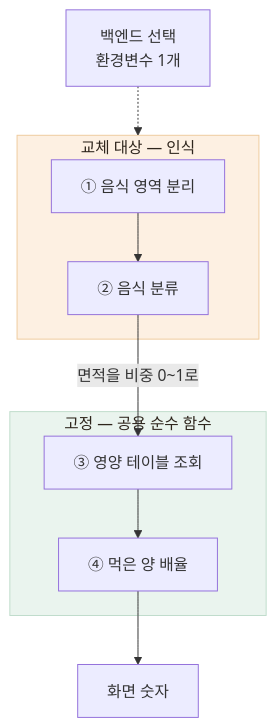
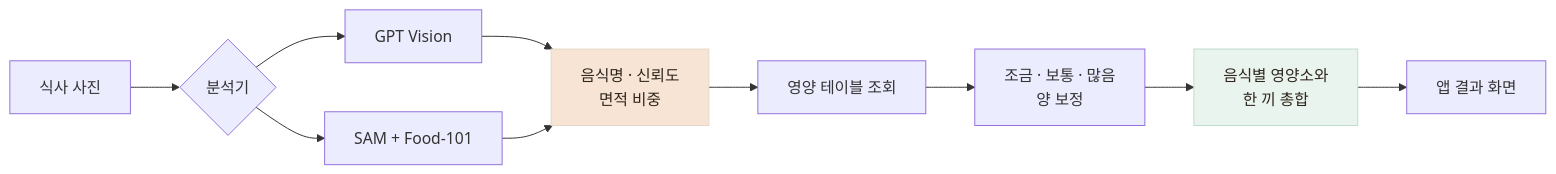
One commit to Jinacker/PortFolio changed the diagram in public/mds/kkinitalk/impl-1-model.md. Above: the diagram before and after it, drawn with Mermaid. The commit also changed other lines of this file and 12 other files, not shown here.

````diff
--- a/public/mds/kkinitalk/impl-1-model.md
+++ b/public/mds/kkinitalk/impl-1-model.md
@@ -42,19 +30,15 @@
 ```mermaid
-flowchart TB
-    ENV["백엔드 선택<br/>환경변수 1개"]
+flowchart LR
+    IMG["식사 사진"] --> PICK{"분석기"}
+    PICK --> GPT["GPT Vision"]
+    PICK --> LOCAL["SAM + Food-101"]
+    GPT --> COMMON["음식명 · 신뢰도<br/>면적 비중"]
+    LOCAL --> COMMON
+    COMMON --> NUTRI["영양 테이블 조회"]
+    NUTRI --> PORTION["조금 · 보통 · 많음<br/>양 보정"]
+    PORTION --> RESULT["음식별 영양소와<br/>한 끼 총합"]
+    RESULT --> APP["앱 결과 화면"]
 
-    subgraph SWAP["교체 대상 — 인식"]
-        S1["① 음식 영역 분리"] --> S2["② 음식 분류"]
-    end
-
-    subgraph FIX["고정 — 공용 순수 함수"]
-        S3["③ 영양 테이블 조회"] --> S4["④ 먹은 양 배율"]
-    end
-
-    ENV -.-> SWAP
-    S2 -->|"면적을 비중 0~1로"| S3
-    S4 --> OUT["화면 숫자"]
-
-    style SWAP fill:#FDF0E2,stroke:#EFCB9E,color:#2E251C
-    style FIX fill:#EAF4EE,stroke:#BFDCCB,color:#2E251C
+    style COMMON fill:#F7E4D5,stroke:#E4D8C6,color:#2E251C
+    style RESULT fill:#EAF4EE,stroke:#BFDCCB,color:#2E251C
 ```
````
